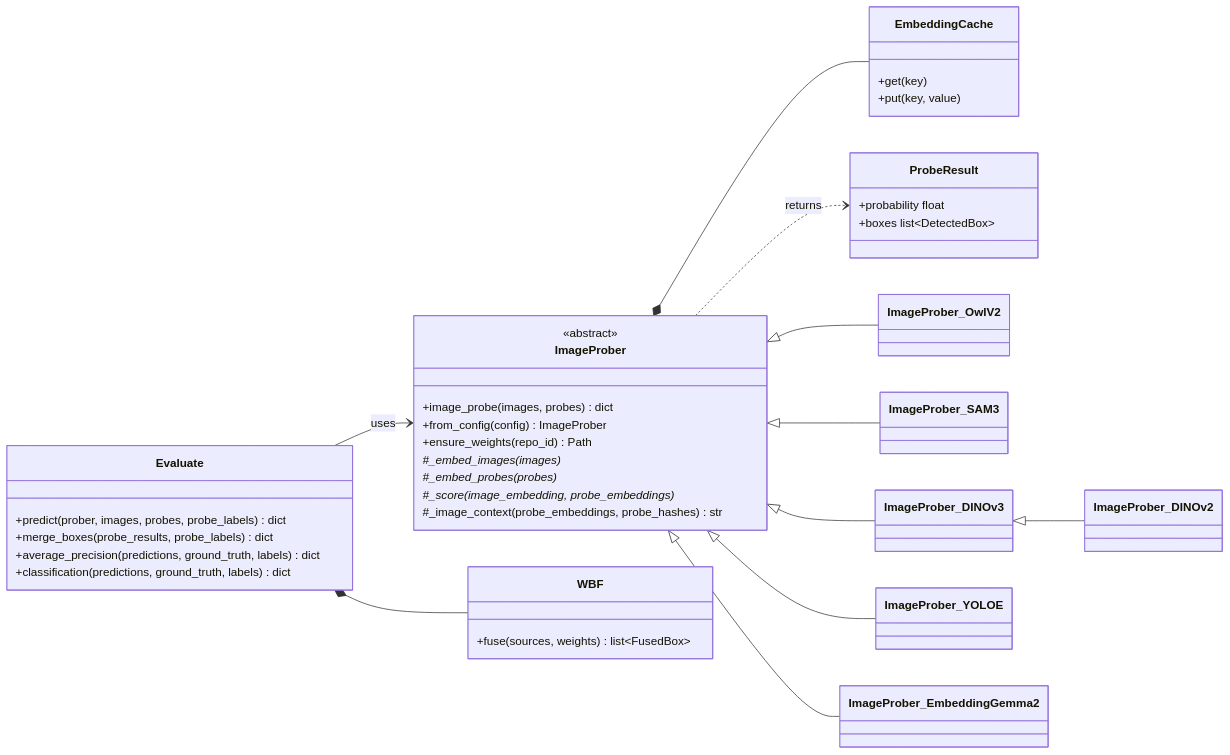
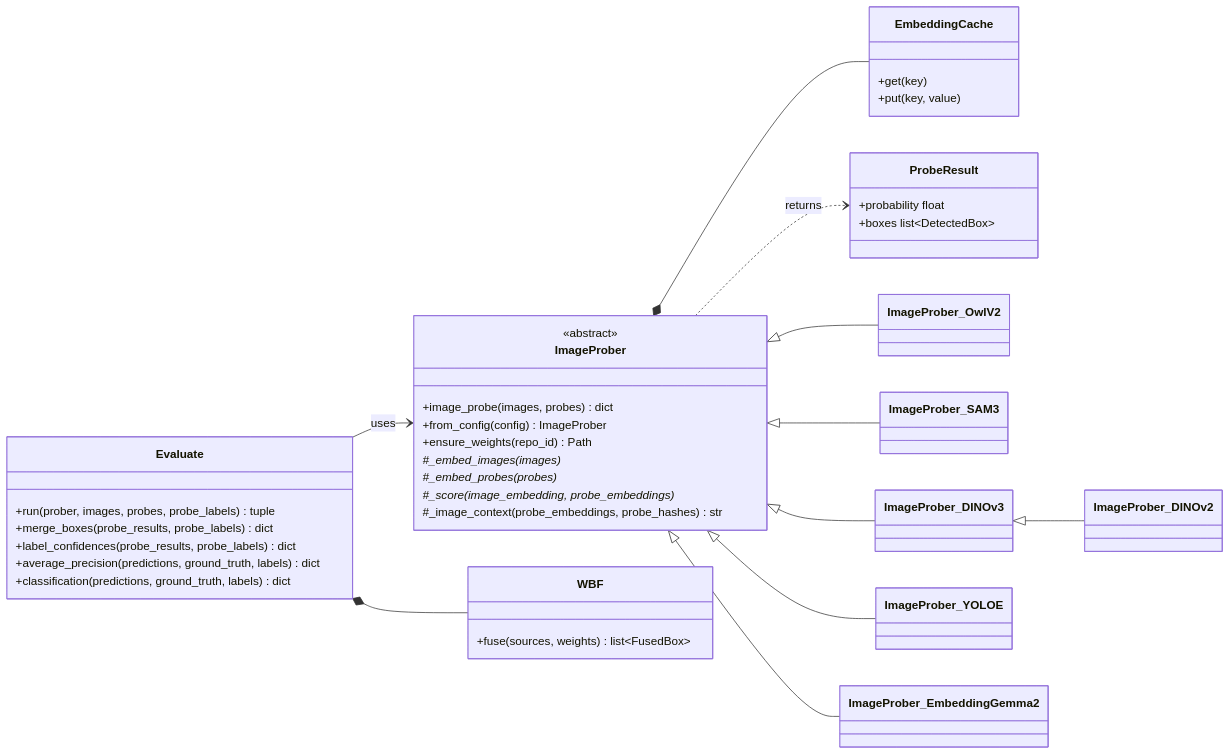
The second of 2 diagrams in README.md (michael-mayo/autolabelling_via_embeddings), drawn with Mermaid before and after one commit. The commit also changed other lines of this file and 3 other files, not shown here.

Commit message:
added max, mean and topk mean methods of assigning confidences to predicted image labels

````diff
--- a/README.md
+++ b/README.md
@@ -290,47 +294,48 @@
 ```mermaid
 classDiagram
     direction LR
     class ImageProber {
         <<abstract>>
         +image_probe(images, probes) dict
         +from_config(config) ImageProber
         +ensure_weights(repo_id) Path
         #_embed_images(images)*
         #_embed_probes(probes)*
         #_score(image_embedding, probe_embeddings)*
         #_image_context(probe_embeddings, probe_hashes) str
     }
     class EmbeddingCache {
         +get(key)
         +put(key, value)
     }
     class ProbeResult {
         +probability float
         +boxes list~DetectedBox~
     }
     class ImageProber_OwlV2
     class ImageProber_SAM3
     class ImageProber_DINOv3
     class ImageProber_YOLOE
     class ImageProber_DINOv2
     class ImageProber_EmbeddingGemma2
     ImageProber <|-- ImageProber_OwlV2
     ImageProber <|-- ImageProber_SAM3
     ImageProber <|-- ImageProber_DINOv3
     ImageProber <|-- ImageProber_YOLOE
     ImageProber <|-- ImageProber_EmbeddingGemma2
     ImageProber_DINOv3 <|-- ImageProber_DINOv2
     ImageProber *-- EmbeddingCache
     ImageProber ..> ProbeResult : returns
     class Evaluate {
-        +predict(prober, images, probes, probe_labels) dict
+        +run(prober, images, probes, probe_labels) tuple
         +merge_boxes(probe_results, probe_labels) dict
+        +label_confidences(probe_results, probe_labels) dict
         +average_precision(predictions, ground_truth, labels) dict
         +classification(predictions, ground_truth, labels) dict
     }
     class WBF {
         +fuse(sources, weights) list~FusedBox~
     }
     Evaluate --> ImageProber : uses
     Evaluate *-- WBF
 ```
````
